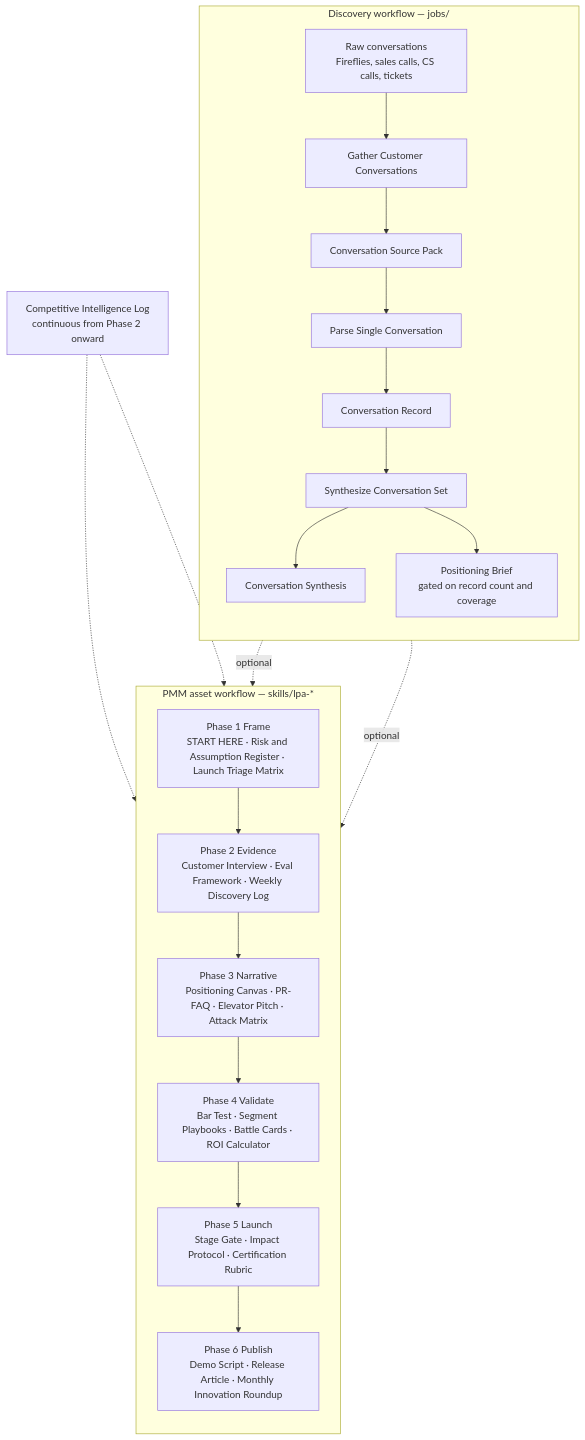
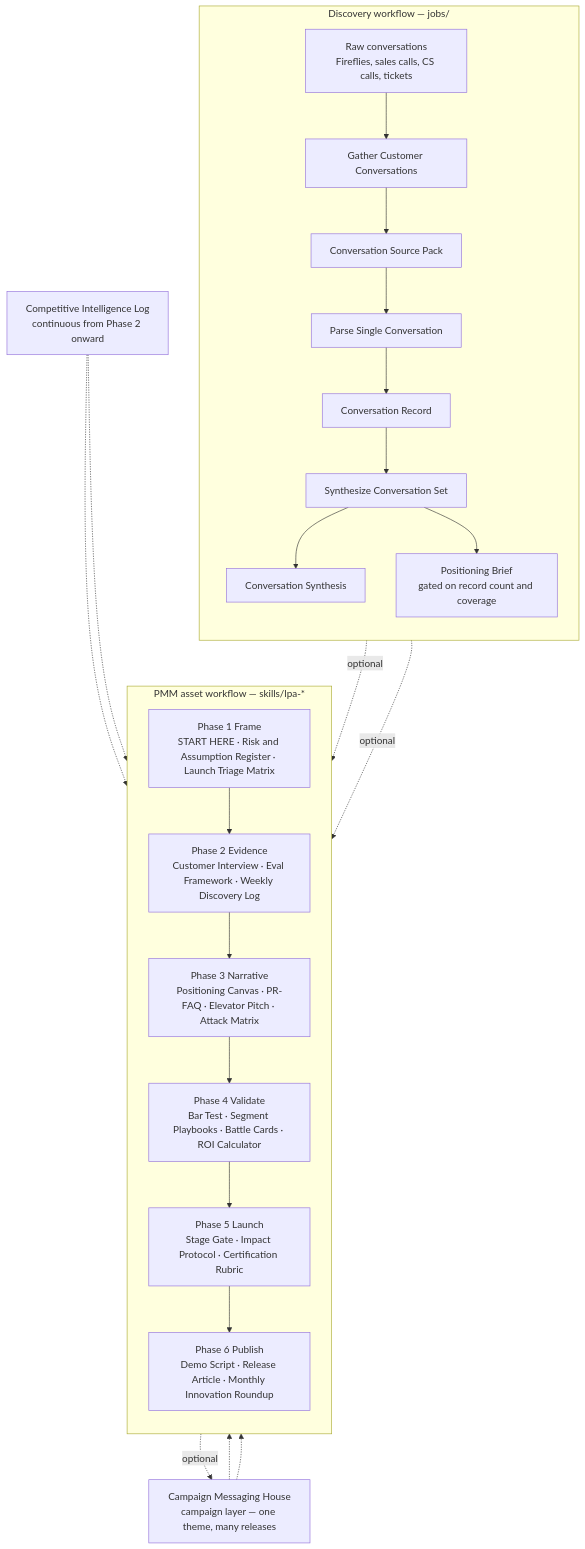
The diagram in README.md (Jdl72/product-marketing), drawn with Mermaid before and after one commit. The commit also changed other lines of this file and 7 other files, not shown here.

````diff
--- a/README.md
+++ b/README.md
@@ -16,32 +18,36 @@
 ```mermaid
 flowchart TB
     subgraph DISC["Discovery workflow — jobs/"]
         direction TB
         R["Raw conversations<br/>Fireflies, sales calls, CS calls, tickets"]
         R --> G["Gather Customer Conversations"]
         G --> SP["Conversation Source Pack"]
         SP --> P["Parse Single Conversation"]
         P --> CR["Conversation Record"]
         CR --> S["Synthesize Conversation Set"]
         S --> CS["Conversation Synthesis"]
         S --> PB["Positioning Brief<br/>gated on record count and coverage"]
     end
 
     subgraph PMM["PMM asset workflow — skills/lpa-*"]
         direction TB
         F["Phase 1 Frame<br/>START HERE · Risk and Assumption Register · Launch Triage Matrix"]
         E["Phase 2 Evidence<br/>Customer Interview · Eval Framework · Weekly Discovery Log"]
         N["Phase 3 Narrative<br/>Positioning Canvas · PR-FAQ · Elevator Pitch · Attack Matrix"]
         V["Phase 4 Validate<br/>Bar Test · Segment Playbooks · Battle Cards · ROI Calculator"]
         L["Phase 5 Launch<br/>Stage Gate · Impact Protocol · Certification Rubric"]
         PUB["Phase 6 Publish<br/>Demo Script · Release Article · Monthly Innovation Roundup"]
         F --> E --> N --> V --> L --> PUB
     end
 
     CIL["Competitive Intelligence Log<br/>continuous from Phase 2 onward"]
+    CMH["Campaign Messaging House<br/>campaign layer — one theme, many releases"]
 
     CS -. optional .-> E
     PB -. optional .-> N
     CIL -.-> N
     CIL -.-> V
+    N -. optional .-> CMH
+    CMH -.-> V
+    CMH -.-> L
 ```
````
